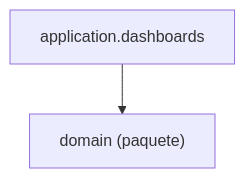
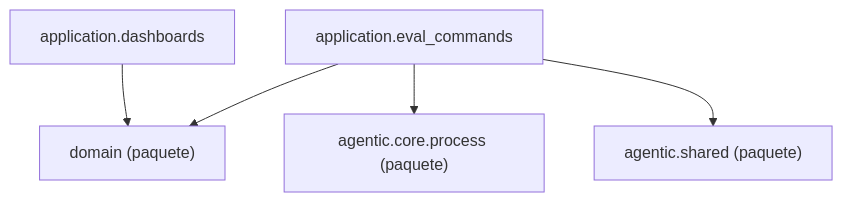
One commit to GonzaloZevallos/agentic-system changed the diagram in docs/architecture/generated/packages-measurement-application.md. Above: the diagram before and after it, drawn with Mermaid. The commit also changed 3 other files, not shown here.

First line of the commit message:
Move the read-only eval commands out of cli.py into measurement application

````diff
--- a/docs/architecture/generated/packages-measurement-application.md
+++ b/docs/architecture/generated/packages-measurement-application.md
@@ -8,6 +8,12 @@
 ```mermaid
 graph TD
+    g_pkg__agentic__core__process["agentic.core.process (paquete)"]
+    g_pkg__agentic__shared["agentic.shared (paquete)"]
     g_pkg__domain["domain (paquete)"]
     m_application__dashboards["application.dashboards"]
+    m_application__eval_commands["application.eval_commands"]
     m_application__dashboards --> g_pkg__domain
+    m_application__eval_commands --> g_pkg__agentic__core__process
+    m_application__eval_commands --> g_pkg__agentic__shared
+    m_application__eval_commands --> g_pkg__domain
 ```
````
